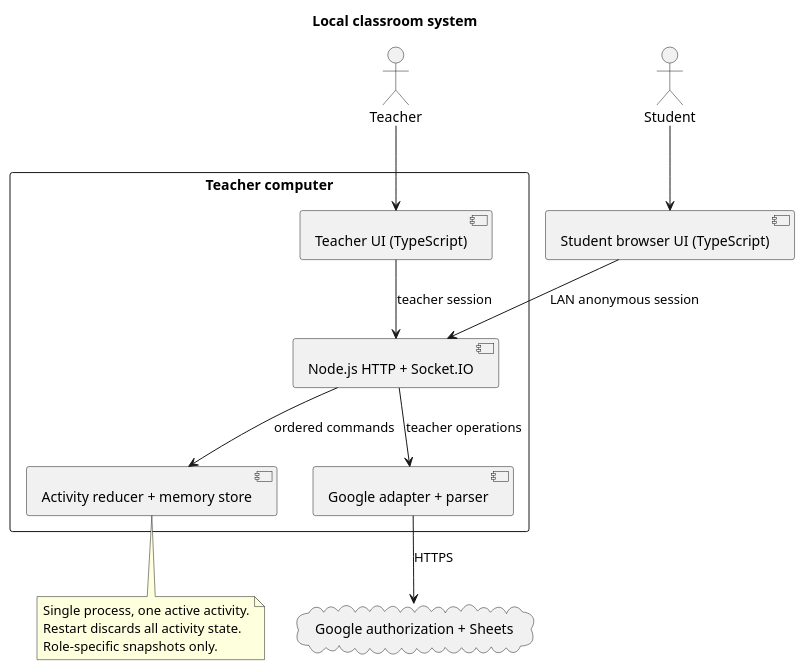
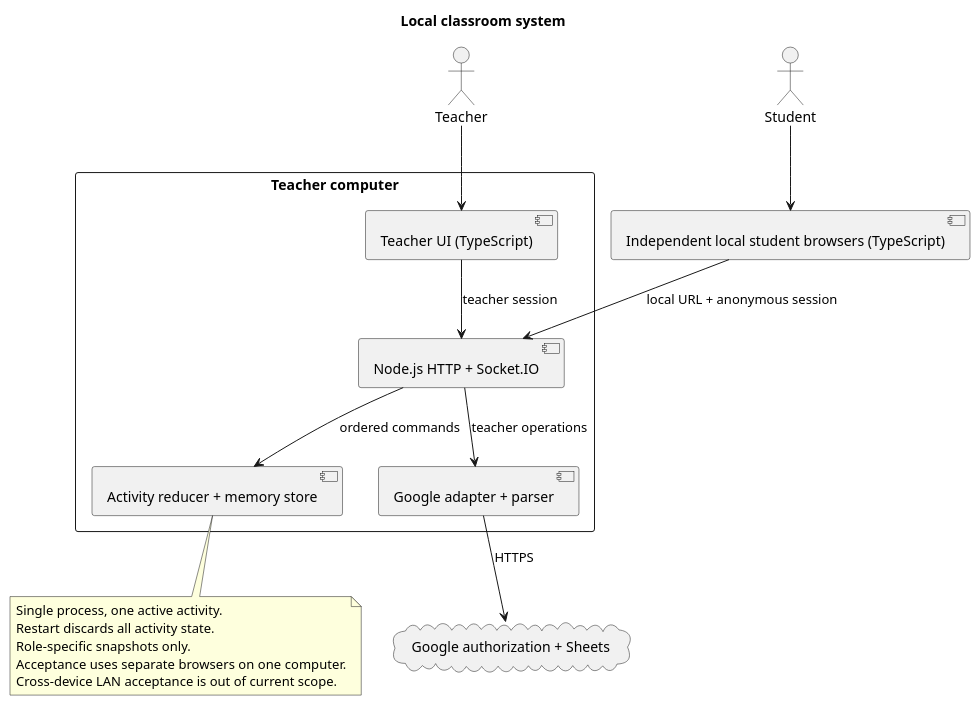
One commit to TsengYuFei/SW_SpecKit changed the diagram in specs/001-classroom-sheets-buzzer/diagrams/architecture.puml. Above: the diagram before and after it, drawn with PlantUML. The commit also changed 17 other files, not shown here.

Commit message:
fix: support anonymous browser entry on HTTP IP origins

```diff
--- a/specs/001-classroom-sheets-buzzer/diagrams/architecture.puml
+++ b/specs/001-classroom-sheets-buzzer/diagrams/architecture.puml
@@ -1,25 +1,27 @@
 @startuml
 title Local classroom system
 actor Teacher
 actor Student
-component "Student browser UI (TypeScript)" as U
+component "Independent local student browsers (TypeScript)" as U
 rectangle "Teacher computer" {
  component "Teacher UI (TypeScript)" as T
  component "Node.js HTTP + Socket.IO" as S
  component "Activity reducer + memory store" as M
  component "Google adapter + parser" as G
 }
 cloud "Google authorization + Sheets" as C
 Teacher --> T
 Student --> U
 T --> S : teacher session
-U --> S : LAN anonymous session
+U --> S : local URL + anonymous session
 S --> M : ordered commands
 S --> G : teacher operations
 G --> C : HTTPS
 note bottom of M
 Single process, one active activity.
 Restart discards all activity state.
 Role-specific snapshots only.
+Acceptance uses separate browsers on one computer.
+Cross-device LAN acceptance is out of current scope.
 end note
 @enduml
```
